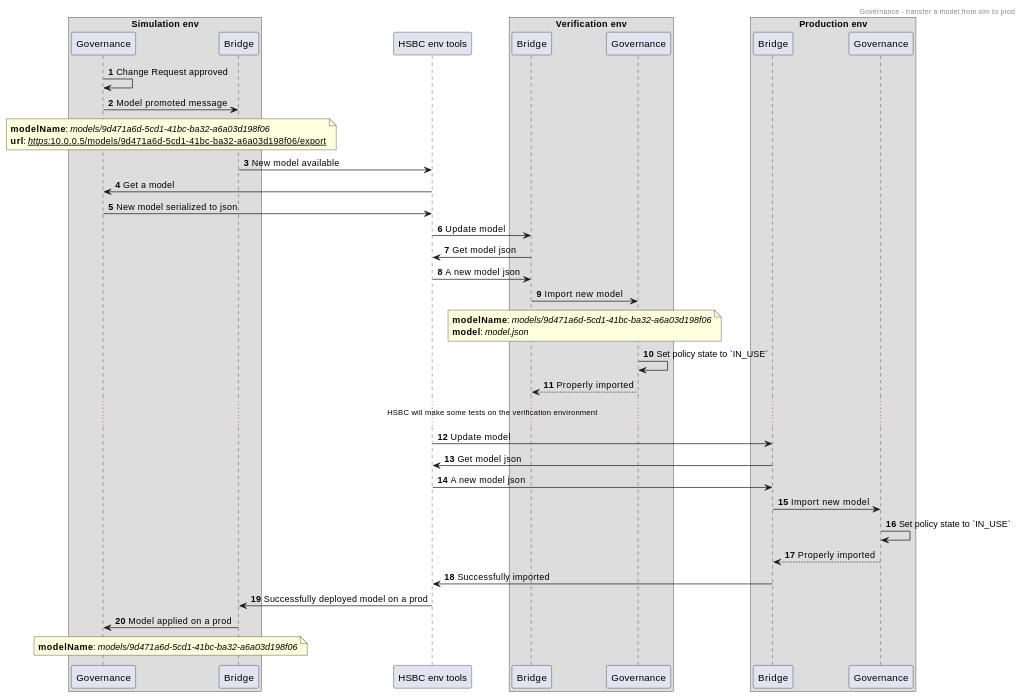
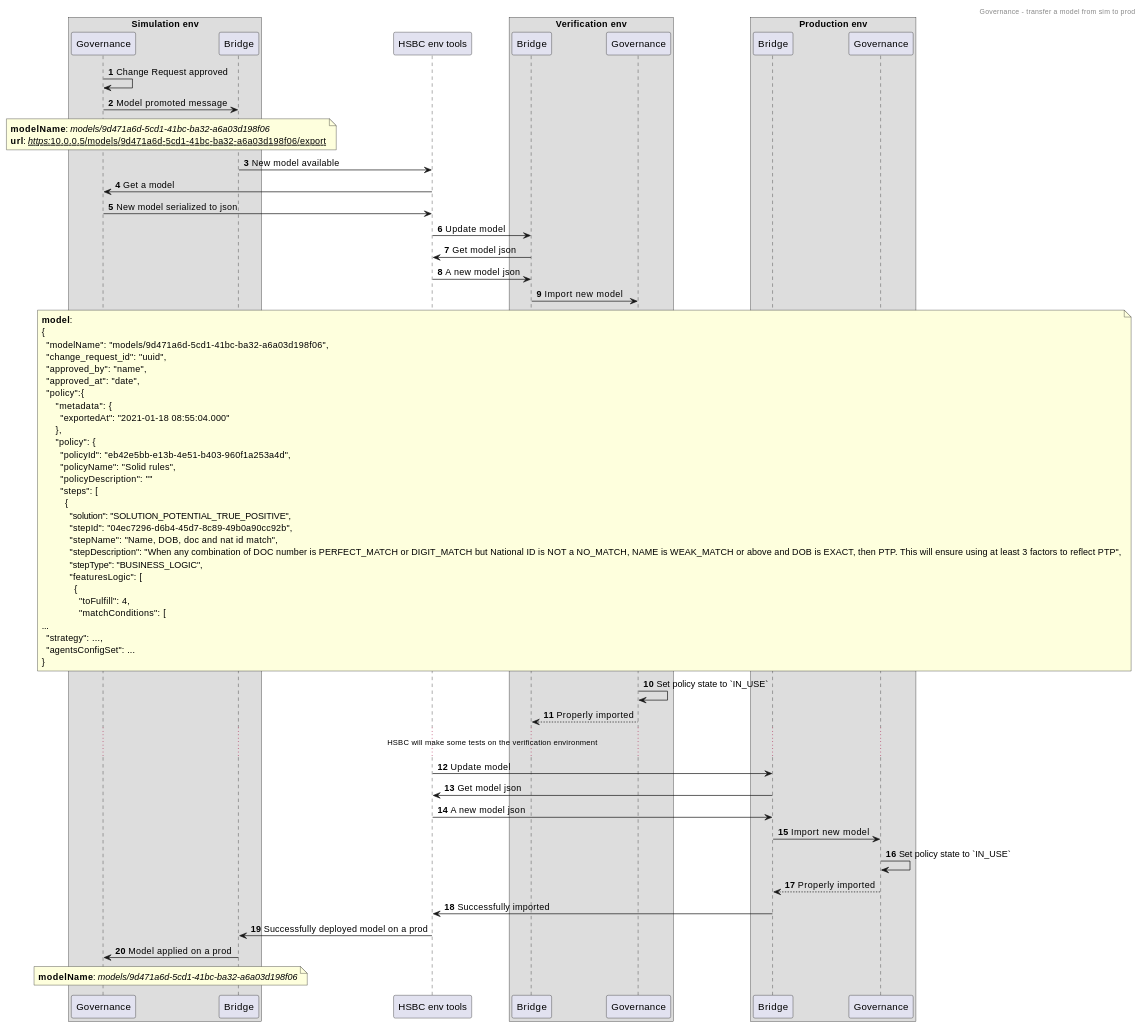
One commit to ngraczykowski/iris-root changed the diagram in modules/governance/governance-documentation/src/docs/asciidoc/hld/2021-04-26_transfer_model_from_sim_to_prod.adoc. Above: the diagram before and after it, drawn with PlantUML. The commit also changed 48 other files, not shown here.

First line of the commit message:
Enhancement: Update the flow and use CR to move the policy on a production (WEB-1087)

```diff
--- a/modules/governance/governance-documentation/src/docs/asciidoc/hld/2021-04-26_transfer_model_from_sim_to_prod.adoc
+++ b/modules/governance/governance-documentation/src/docs/asciidoc/hld/2021-04-26_transfer_model_from_sim_to_prod.adoc
@@ -45,8 +45,35 @@
 hsbc -> vb : A new model json
 vb -> vg : Import new model
 note over vb, vg
-**modelName**: //models/9d471a6d-5cd1-41bc-ba32-a6a03d198f06//
-**model**: //model.json//
+**model**:
+{
+  "modelName": "models/9d471a6d-5cd1-41bc-ba32-a6a03d198f06",
+  "change_request_id": "uuid",
+  "approved_by": "name",
+  "approved_at": "date",
+  "policy":{
+      "metadata": {
+        "exportedAt": "2021-01-18 08:55:04.000"
+      },
+      "policy": {
+        "policyId": "eb42e5bb-e13b-4e51-b403-960f1a253a4d",
+        "policyName": "Solid rules",
+        "policyDescription": ""
+        "steps": [
+          {
+            "solution": "SOLUTION_POTENTIAL_TRUE_POSITIVE",
+            "stepId": "04ec7296-d6b4-45d7-8c89-49b0a90cc92b",
+            "stepName": "Name, DOB, doc and nat id match",
+            "stepDescription": "When any combination of DOC number is PERFECT_MATCH or DIGIT_MATCH but National ID is NOT a NO_MATCH, NAME is WEAK_MATCH or above and DOB is EXACT, then PTP. This will ensure using at least 3 factors to reflect PTP",
+            "stepType": "BUSINESS_LOGIC",
+            "featuresLogic": [
+              {
+                "toFulfill": 4,
+                "matchConditions": [
+...
+  "strategy": ...,
+  "agentsConfigSet": ...
+}
 end note
 vg -> vg : Set policy state to `IN_USE`
 vg ---> vb : Properly imported
```
